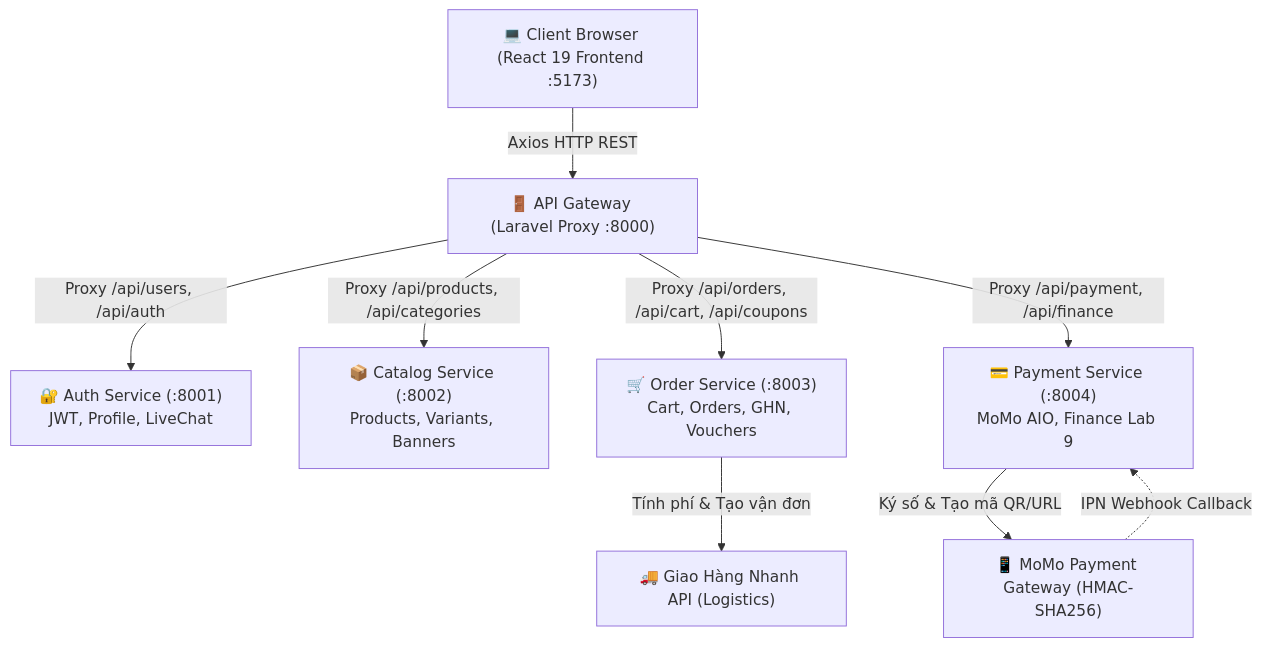
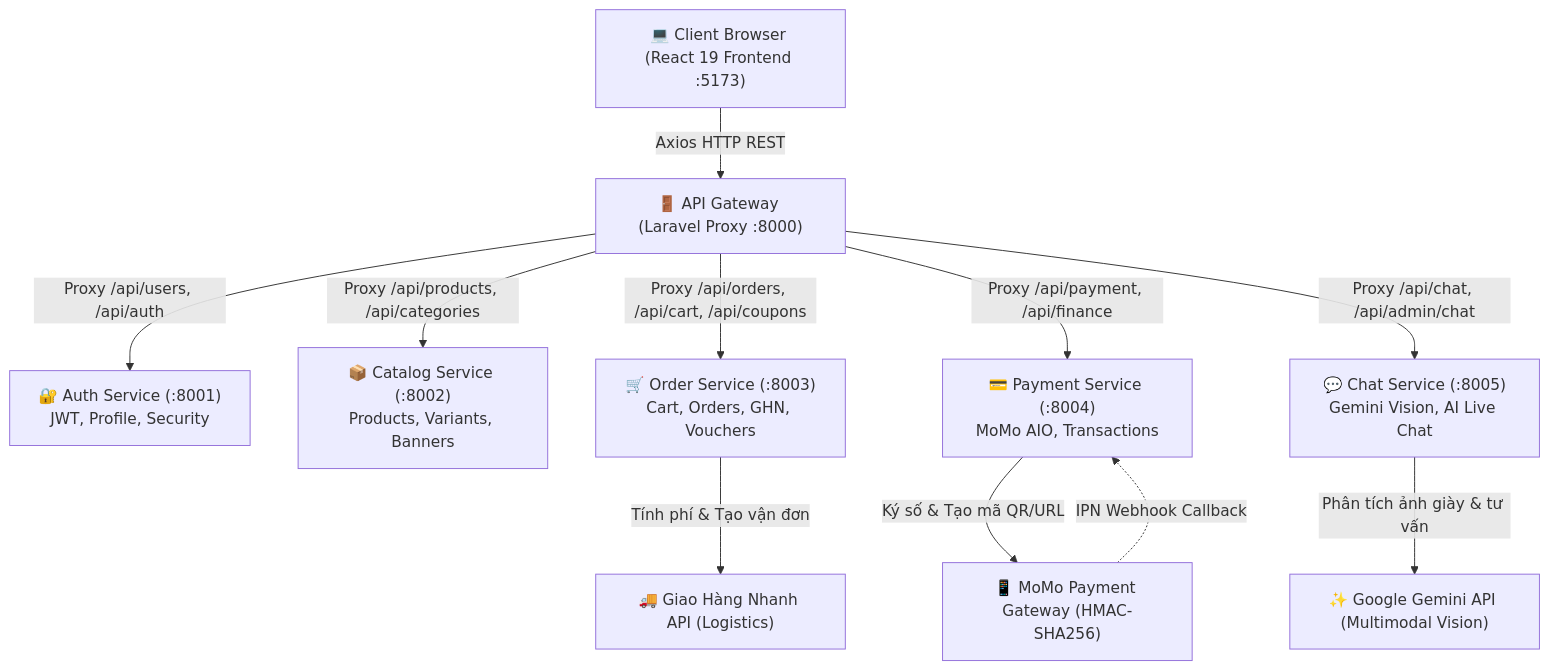
Before and after one commit to hongnguyen465/PROJECT1: the first of 4 diagrams in README.md, drawn with Mermaid. The commit also changed other lines of this file and 122 other files, not shown here.

Commit message:
feat: complete independent chat-service with gemini vision, modularize UI, and update architecture

````diff
--- a/README.md
+++ b/README.md
@@ -40,23 +40,27 @@
 ```mermaid
 graph TD
     Client["💻 Client Browser (React 19 Frontend :5173)"]
     Gateway["🚪 API Gateway (Laravel Proxy :8000)"]
     
-    Auth["🔐 Auth Service (:8001)<br>JWT, Profile, LiveChat"]
+    Auth["🔐 Auth Service (:8001)<br>JWT, Profile, Security"]
     Catalog["📦 Catalog Service (:8002)<br>Products, Variants, Banners"]
     Order["🛒 Order Service (:8003)<br>Cart, Orders, GHN, Vouchers"]
-    Payment["💳 Payment Service (:8004)<br>MoMo AIO, Finance Lab 9"]
+    Payment["💳 Payment Service (:8004)<br>MoMo AIO, Transactions"]
+    Chat["💬 Chat Service (:8005)<br>Gemini Vision, AI Live Chat"]
     
     GHN["🚚 Giao Hàng Nhanh API (Logistics)"]
     MoMo["📱 MoMo Payment Gateway (HMAC-SHA256)"]
+    Gemini["✨ Google Gemini API (Multimodal Vision)"]
 
     Client -->|Axios HTTP REST| Gateway
     Gateway -->|Proxy /api/users, /api/auth| Auth
     Gateway -->|Proxy /api/products, /api/categories| Catalog
     Gateway -->|Proxy /api/orders, /api/cart, /api/coupons| Order
     Gateway -->|Proxy /api/payment, /api/finance| Payment
+    Gateway -->|Proxy /api/chat, /api/admin/chat| Chat
     
     Order -->|Tính phí & Tạo vận đơn| GHN
     Payment -->|Ký số & Tạo mã QR/URL| MoMo
+    Chat -->|Phân tích ảnh giày & tư vấn| Gemini
     MoMo -.->|IPN Webhook Callback| Payment
 ```
````
